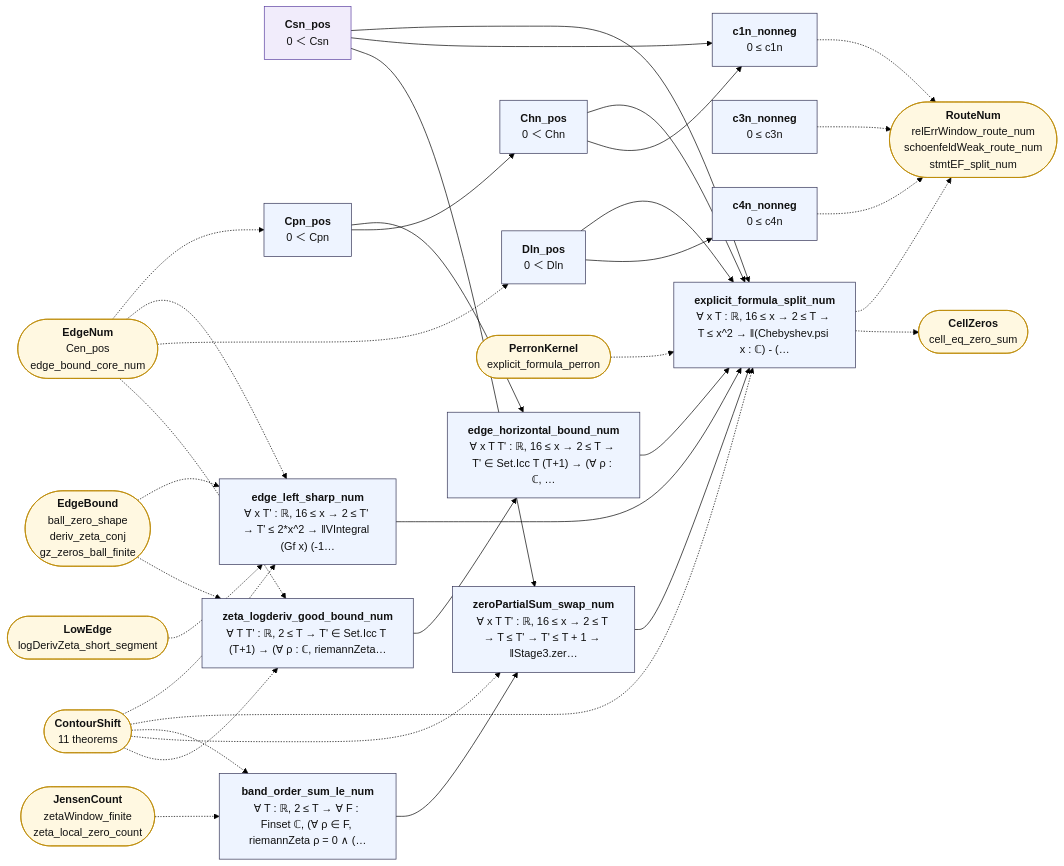
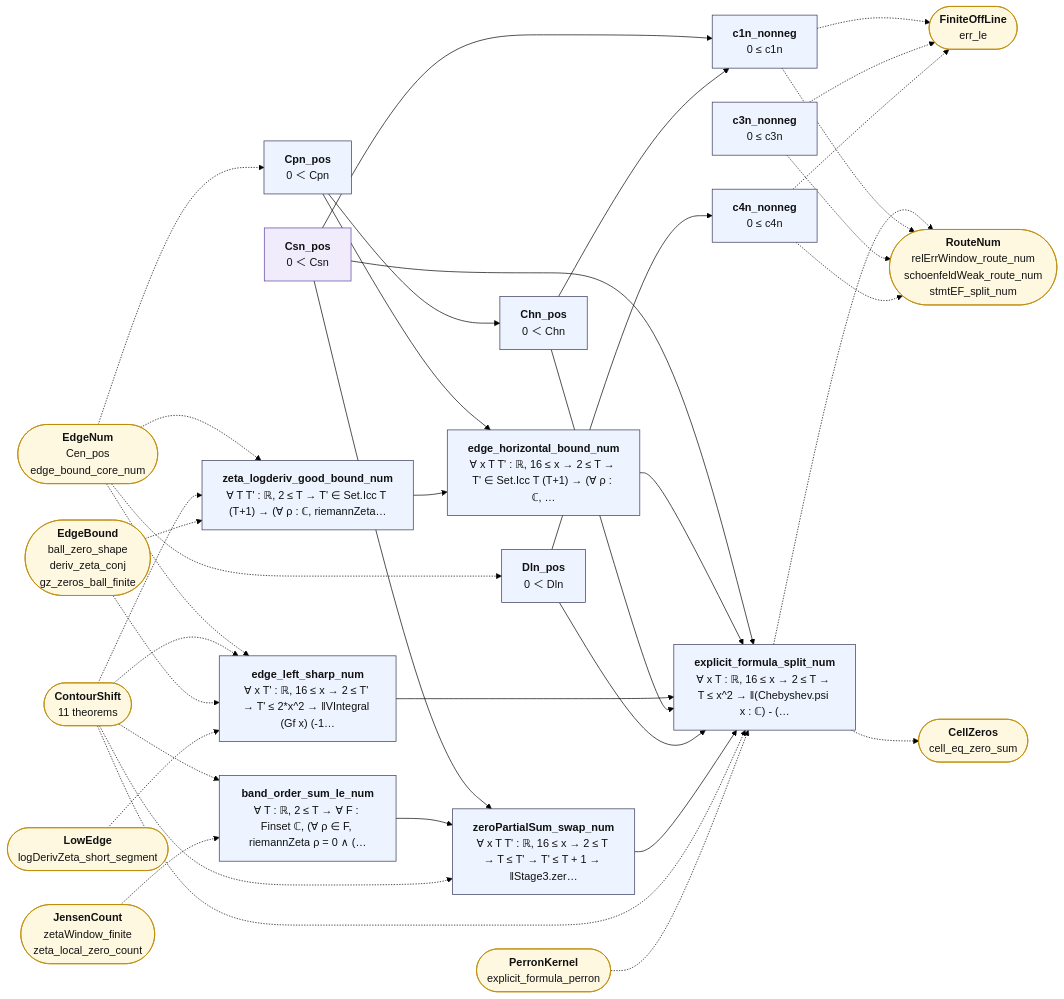
The diagram in map/lean_stage3/GlueNum.md (juliansambranojr/Primebeat_081426), drawn with Mermaid (forest theme) before and after one commit. The commit also changed other lines of this file and 54 other files, not shown here.

````diff
--- a/map/lean_stage3/GlueNum.md
+++ b/map/lean_stage3/GlueNum.md
@@ -12,65 +12,69 @@
 ```mermaid
 flowchart LR
   n0["<b>Csn_pos</b><br/>0 ＜ Csn"]:::shp
   n1["<b>Cpn_pos</b><br/>0 ＜ Cpn"]:::thm
   n2["<b>Chn_pos</b><br/>0 ＜ Chn"]:::thm
   n3["<b>Dln_pos</b><br/>0 ＜ Dln"]:::thm
   n4["<b>c1n_nonneg</b><br/>0 ≤ c1n"]:::thm
   n5["<b>c3n_nonneg</b><br/>0 ≤ c3n"]:::thm
   n6["<b>c4n_nonneg</b><br/>0 ≤ c4n"]:::thm
   n7["<b>band_order_sum_le_num</b><br/>∀ T : ℝ, 2 ≤ T → ∀ F : Finset ℂ, (∀ ρ ∈ F, riemannZeta ρ = 0 ∧ (…"]:::thm
   n8["<b>zeroPartialSum_swap_num</b><br/>∀ x T T' : ℝ, 16 ≤ x → 2 ≤ T → T ≤ T' → T' ≤ T + 1 → ‖Stage3.zer…"]:::thm
   n9["<b>zeta_logderiv_good_bound_num</b><br/>∀ T T' : ℝ, 2 ≤ T → T' ∈ Set.Icc T (T+1) → (∀ ρ : ℂ, riemannZeta…"]:::thm
   n10["<b>edge_horizontal_bound_num</b><br/>∀ x T T' : ℝ, 16 ≤ x → 2 ≤ T → T' ∈ Set.Icc T (T+1) → (∀ ρ : ℂ, …"]:::thm
   n11["<b>edge_left_sharp_num</b><br/>∀ x T' : ℝ, 16 ≤ x → 2 ≤ T' → T' ≤ 2*x^2 → ‖VIntegral (Gf x) (-1…"]:::thm
   n12["<b>explicit_formula_split_num</b><br/>∀ x T : ℝ, 16 ≤ x → 2 ≤ T → T ≤ x^2 → ‖(Chebyshev.psi x : ℂ) - (…"]:::thm
   x0(["<b>EdgeNum</b><br/>Cen_pos<br/>edge_bound_core_num"]):::ext
-  x1(["<b>RouteNum</b><br/>relErrWindow_route_num<br/>schoenfeldWeak_route_num<br/>stmtEF_split_num"]):::ext
-  x2(["<b>ContourShift</b><br/>11 theorems"]):::ext
-  x3(["<b>JensenCount</b><br/>zetaWindow_finite<br/>zeta_local_zero_count"]):::ext
-  x4(["<b>EdgeBound</b><br/>ball_zero_shape<br/>deriv_zeta_conj<br/>gz_zeros_ball_finite"]):::ext
-  x5(["<b>LowEdge</b><br/>logDerivZeta_short_segment"]):::ext
-  x6(["<b>PerronKernel</b><br/>explicit_formula_perron"]):::ext
-  x7(["<b>CellZeros</b><br/>cell_eq_zero_sum"]):::ext
+  x1(["<b>FiniteOffLine</b><br/>err_le"]):::ext
+  x2(["<b>RouteNum</b><br/>relErrWindow_route_num<br/>schoenfeldWeak_route_num<br/>stmtEF_split_num"]):::ext
+  x3(["<b>ContourShift</b><br/>11 theorems"]):::ext
+  x4(["<b>JensenCount</b><br/>zetaWindow_finite<br/>zeta_local_zero_count"]):::ext
+  x5(["<b>EdgeBound</b><br/>ball_zero_shape<br/>deriv_zeta_conj<br/>gz_zeros_ball_finite"]):::ext
+  x6(["<b>LowEdge</b><br/>logDerivZeta_short_segment"]):::ext
+  x7(["<b>PerronKernel</b><br/>explicit_formula_perron"]):::ext
+  x8(["<b>CellZeros</b><br/>cell_eq_zero_sum"]):::ext
   n0 --> n12
   n0 --> n4
   n0 --> n8
   n1 --> n10
   n1 --> n2
   n10 --> n12
   n11 --> n12
   n2 --> n12
   n2 --> n4
   n3 --> n12
   n3 --> n6
   n7 --> n8
   n8 --> n12
   n9 --> n10
-  n12 -.-> x1
-  n12 -.-> x7
+  n12 -.-> x2
+  n12 -.-> x8
   n4 -.-> x1
+  n4 -.-> x2
   n5 -.-> x1
+  n5 -.-> x2
   n6 -.-> x1
+  n6 -.-> x2
   x0 -.-> n1
   x0 -.-> n11
   x0 -.-> n3
   x0 -.-> n9
-  x2 -.-> n11
-  x2 -.-> n12
-  x2 -.-> n7
-  x2 -.-> n8
-  x2 -.-> n9
+  x3 -.-> n11
+  x3 -.-> n12
   x3 -.-> n7
-  x4 -.-> n11
-  x4 -.-> n9
+  x3 -.-> n8
+  x3 -.-> n9
+  x4 -.-> n7
   x5 -.-> n11
-  x6 -.-> n12
+  x5 -.-> n9
+  x6 -.-> n11
+  x7 -.-> n12
   classDef cnt fill:#dff5ec,stroke:#17694a,color:#111
   classDef shp fill:#f1ecfb,stroke:#5b3fa0,color:#111
   classDef rh fill:#ffe5e5,stroke:#c22,color:#111,stroke-width:2px
   classDef thm fill:#eef4ff,stroke:#335,color:#111
   classDef end_ fill:#e7f7e7,stroke:#2a7,color:#111,stroke-width:2px
   classDef lone fill:#fff,stroke:#999,color:#111,stroke-dasharray:4 3
   classDef bad fill:#ffe5e5,stroke:#c22,color:#111,stroke-width:2px
   classDef ext fill:#fff8e1,stroke:#b80,color:#111
 ```
````
